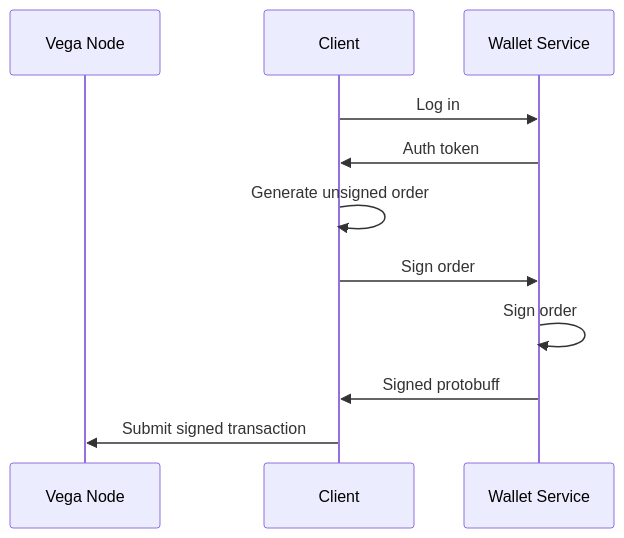
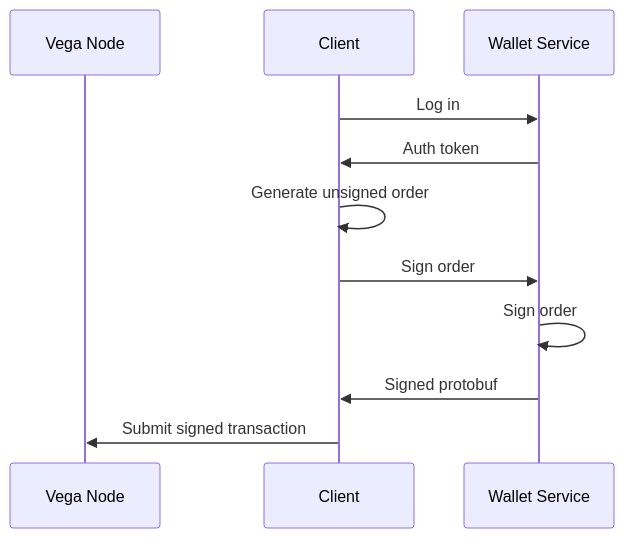
Before and after one commit to vegaprotocol/vega: the second of 4 diagrams in docs/authentication-and-signing.md, drawn with Mermaid. The commit also changed other lines of this file and 2 other files, not shown here.

Commit message:
Document traderbot using interalised wallet service (#792)

````diff
--- a/docs/authentication-and-signing.md
+++ b/docs/authentication-and-signing.md
@@ -37,14 +37,14 @@
 ```mermaid
 sequenceDiagram
     participant Vega Node
     participant Client
     participant Wallet Service
 
 	Client->>Wallet Service: Log in
 	Wallet Service->>Client: Auth token
 	Client->>Client: Generate unsigned order
 	Client->>Wallet Service: Sign order
 	Wallet Service->>Wallet Service: Sign order
-	Wallet Service->>Client: Signed protobuff
+	Wallet Service->>Client: Signed protobuf
 	Client->>Vega Node: Submit signed transaction
 ```
````
